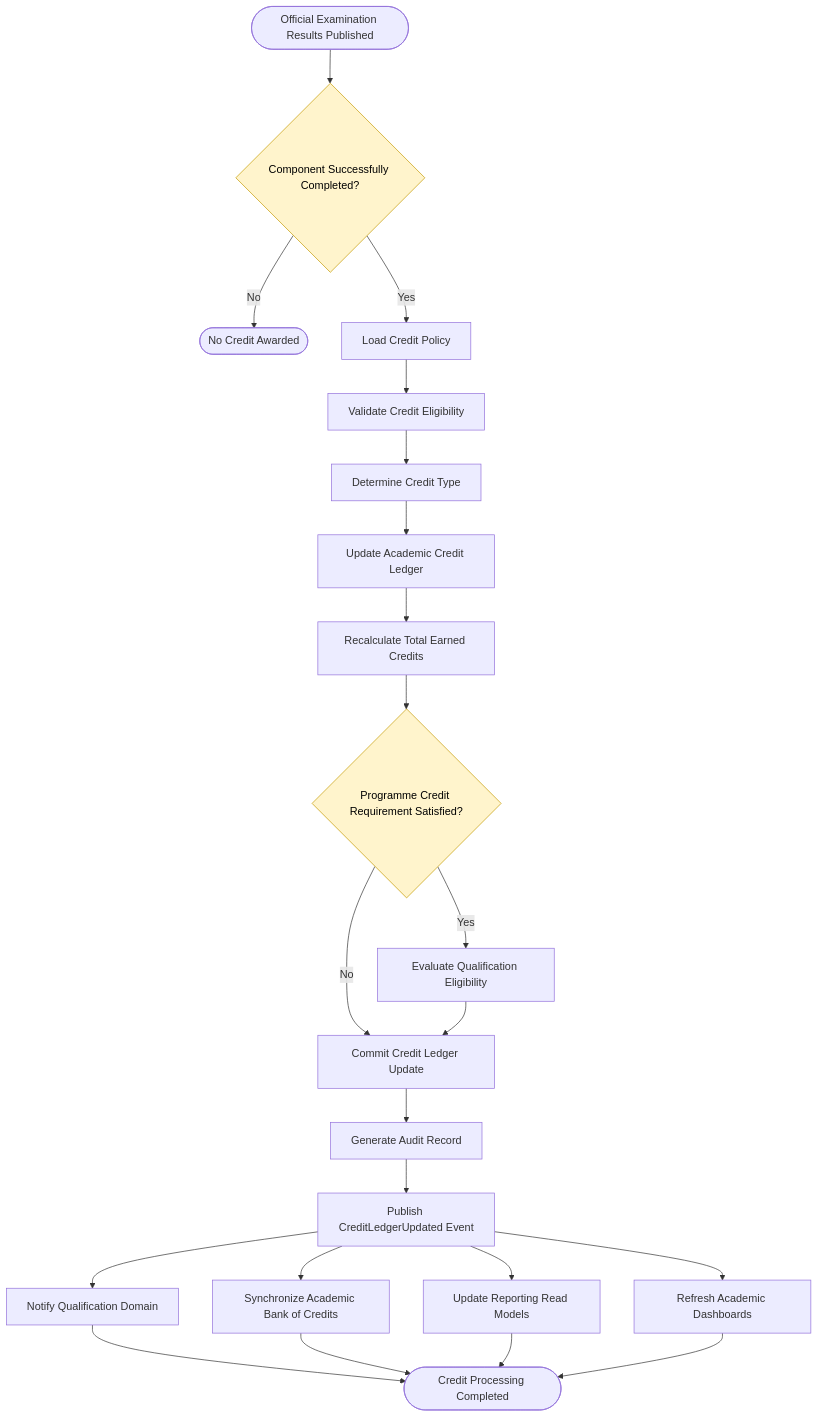
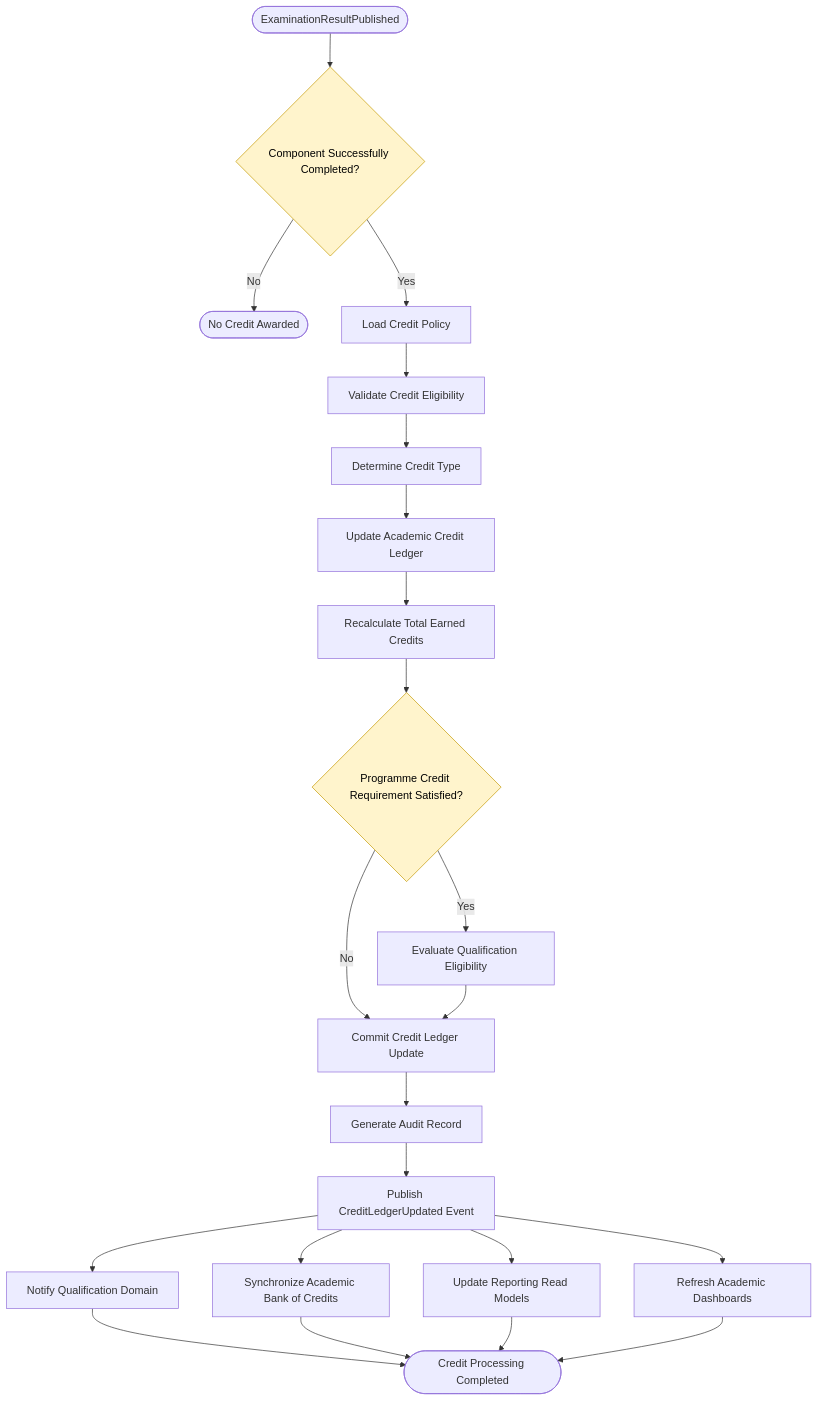
Before and after one commit to Varad1604/ERP_hark: the fifth of 13 diagrams in architecture/L2_Domain_Workflow_Architecture/section-c/L2-C04_Student_Academic_Progression_Workflows.md, drawn with Mermaid. The commit also changed other lines of this file and 6 other files, not shown here.

First line of the commit message:
INT-008: canonicalize the result publication event as ExaminationResultPublished

````diff
--- a/architecture/L2_Domain_Workflow_Architecture/section-c/L2-C04_Student_Academic_Progression_Workflows.md
+++ b/architecture/L2_Domain_Workflow_Architecture/section-c/L2-C04_Student_Academic_Progression_Workflows.md
@@ -5381,77 +5381,77 @@
 ```mermaid
 flowchart TD
 
 %% =====================================================
 %% CREDIT SOURCE
 %% =====================================================
 
-RESULTS([Official Examination Results Published])
+RESULTS([ExaminationResultPublished])
 
 RESULTS --> PASS{Component Successfully Completed?}
 
 PASS -->|No| END1([No Credit Awarded])
 
 PASS -->|Yes| POLICY
 
 %% =====================================================
 %% VALIDATION
 %% =====================================================
 
 POLICY[Load Credit Policy]
 
 POLICY --> ELIGIBILITY[Validate Credit Eligibility]
 
 ELIGIBILITY --> CREDITTYPE[Determine Credit Type]
 
 %% =====================================================
 %% CREDIT PROCESSING
 %% =====================================================
 
 CREDITTYPE --> LEDGER[Update Academic Credit Ledger]
 
 LEDGER --> TOTAL[Recalculate Total Earned Credits]
 
 TOTAL --> REQUIREMENT{Programme Credit Requirement Satisfied?}
 
 %% =====================================================
 %% QUALIFICATION
 %% =====================================================
 
 REQUIREMENT -->|No| STORE[Persist Updated Ledger]
 
 REQUIREMENT -->|Yes| QUALIFY[Evaluate Qualification Eligibility]
 
 QUALIFY --> STORE
 
 %% =====================================================
 %% TRANSACTION
 %% =====================================================
 
 STORE[Commit Credit Ledger Update]
 
 STORE --> AUDIT[Generate Audit Record]
 
 AUDIT --> EVENT[Publish CreditLedgerUpdated Event]
 
 EVENT --> ABC[Synchronize Academic Bank of Credits]
 
 EVENT --> REPORTING[Update Reporting Read Models]
 
 EVENT --> DASHBOARD[Refresh Academic Dashboards]
 
 EVENT --> QUALIFICATION[Notify Qualification Domain]
 
 QUALIFICATION --> END2([Credit Processing Completed])
 
 ABC --> END2
 REPORTING --> END2
 DASHBOARD --> END2
 
 %% =====================================================
 %% STYLING
 %% =====================================================
 
 classDef decision fill:#FFF4CC,stroke:#C49A00,color:#000;
 
 class PASS,REQUIREMENT decision;
 ```
````
